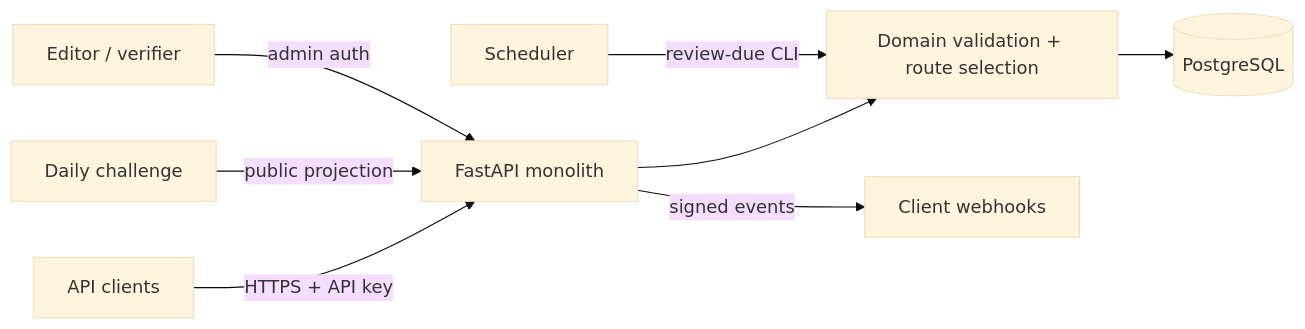
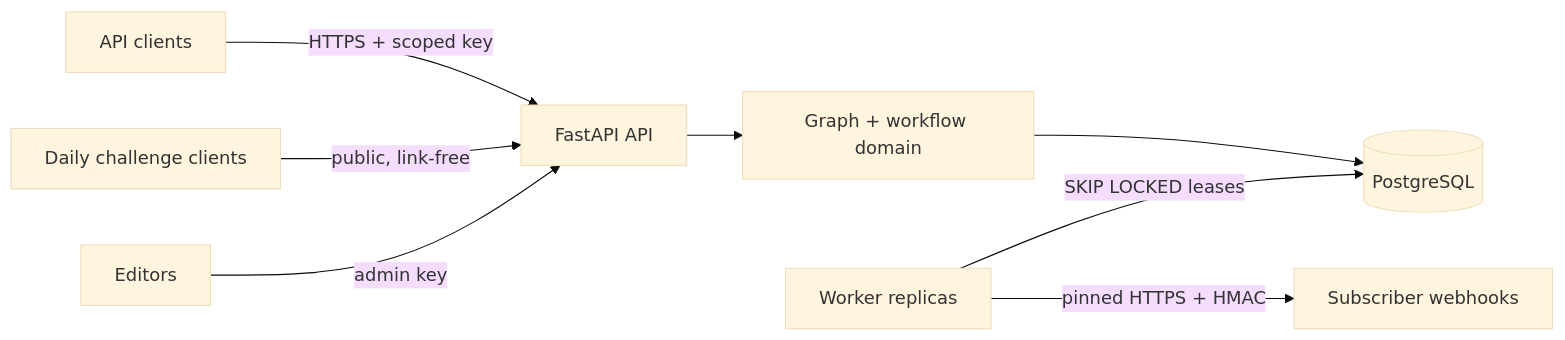
One commit to edcadet10/exitroute-api changed the diagram in docs/architecture.md. Above: the diagram before and after it, drawn with Mermaid (base theme). The commit also changed other lines of this file and 70 other files, not shown here.

Commit message:
feat: ship self-hosted ExitRoute API

````diff
--- a/docs/architecture.md
+++ b/docs/architecture.md
@@ -10,10 +8,10 @@
 ```mermaid
 flowchart LR
-    A[API clients] -->|HTTPS + API key| B[FastAPI monolith]
-    G[Daily challenge] -->|public projection| B
-    E[Editor / verifier] -->|admin auth| B
-    B --> C[Domain validation + route selection]
-    C --> D[(PostgreSQL)]
-    F[Scheduler] -->|review-due CLI| C
-    B -->|signed events| H[Client webhooks]
+    Client[API clients] -->|HTTPS + scoped key| API[FastAPI API]
+    Player[Daily challenge clients] -->|public, link-free| API
+    Editor[Editors] -->|admin key| API
+    API --> Domain[Graph + workflow domain]
+    Domain --> DB[(PostgreSQL)]
+    Worker[Worker replicas] -->|SKIP LOCKED leases| DB
+    Worker -->|pinned HTTPS + HMAC| Hook[Subscriber webhooks]
 ```
````
